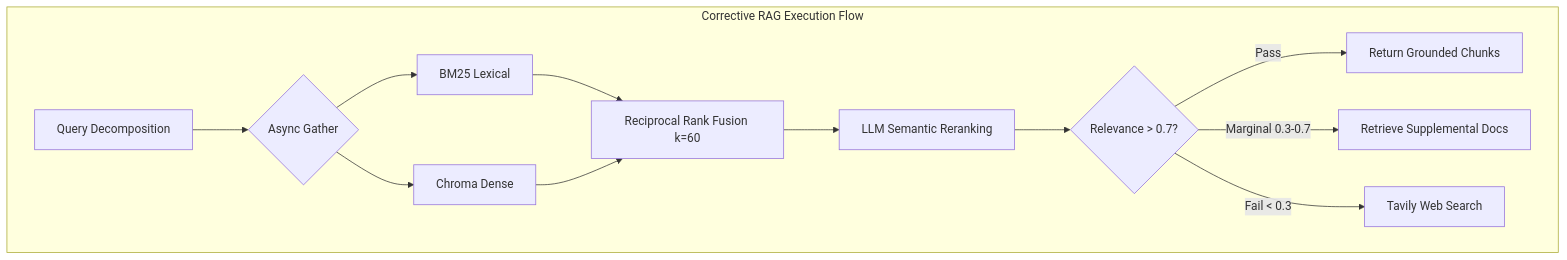
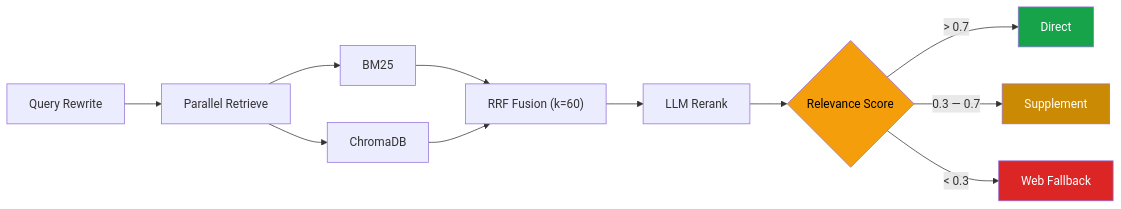
One commit to mohanganesh3/clouddash changed the second of 2 diagrams in README.md. Above: the diagram before and after it, drawn with Mermaid. The commit also changed other lines of this file, not shown here.

Commit message:
docs: rewrite README from codebase ground truth — zero AI slop

````diff
--- a/README.md
+++ b/README.md
@@ -65,16 +73,17 @@
 ```mermaid
-flowchart TD
-    subgraph CRAG [Corrective RAG Execution Flow]
-        Q[Query Decomposition] --> Parallel{Async Gather}
-        Parallel --> B[BM25 Lexical]
-        Parallel --> C[Chroma Dense]
-        
-        B & C --> RRF[Reciprocal Rank Fusion k=60]
-        RRF --> Rerank[LLM Semantic Reranking]
-        Rerank --> Eval{Relevance > 0.7?}
-        
-        Eval -->|Pass| Return[Return Grounded Chunks]
-        Eval -->|Marginal 0.3-0.7| Supp[Retrieve Supplemental Docs]
-        Eval -->|Fail < 0.3| Fallback[Tavily Web Search]
-    end
+flowchart LR
+    q[Query Rewrite] --> par["Parallel Retrieve"]
+    par --> bm[BM25] & dense[ChromaDB]
+    bm & dense --> rrf["RRF Fusion (k=60)"]
+    rrf --> rerank[LLM Rerank]
+    rerank --> eval{Relevance Score}
+
+    eval -->|"> 0.7"| direct[Direct]
+    eval -->|"0.3 — 0.7"| supp[Supplement]
+    eval -->|"< 0.3"| web[Web Fallback]
+
+    style eval fill:#f59e0b,color:#000
+    style direct fill:#16a34a,color:#fff
+    style supp fill:#ca8a04,color:#fff
+    style web fill:#dc2626,color:#fff
 ```
````
